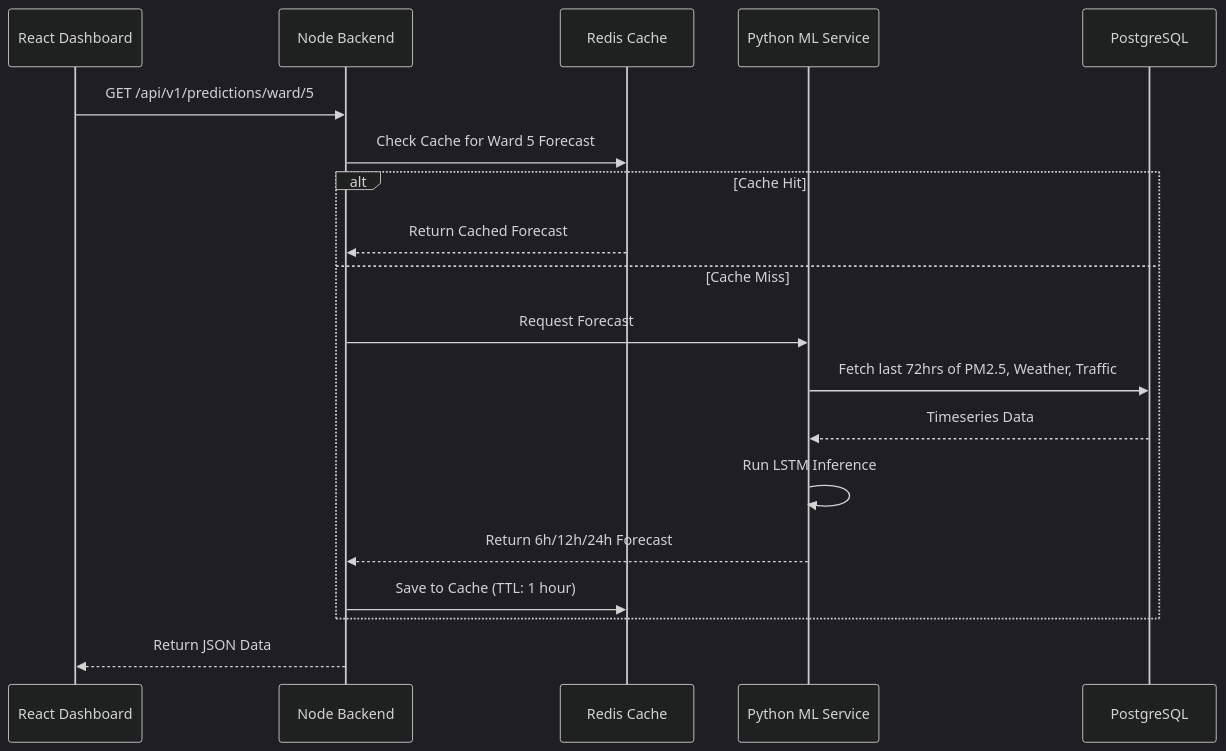
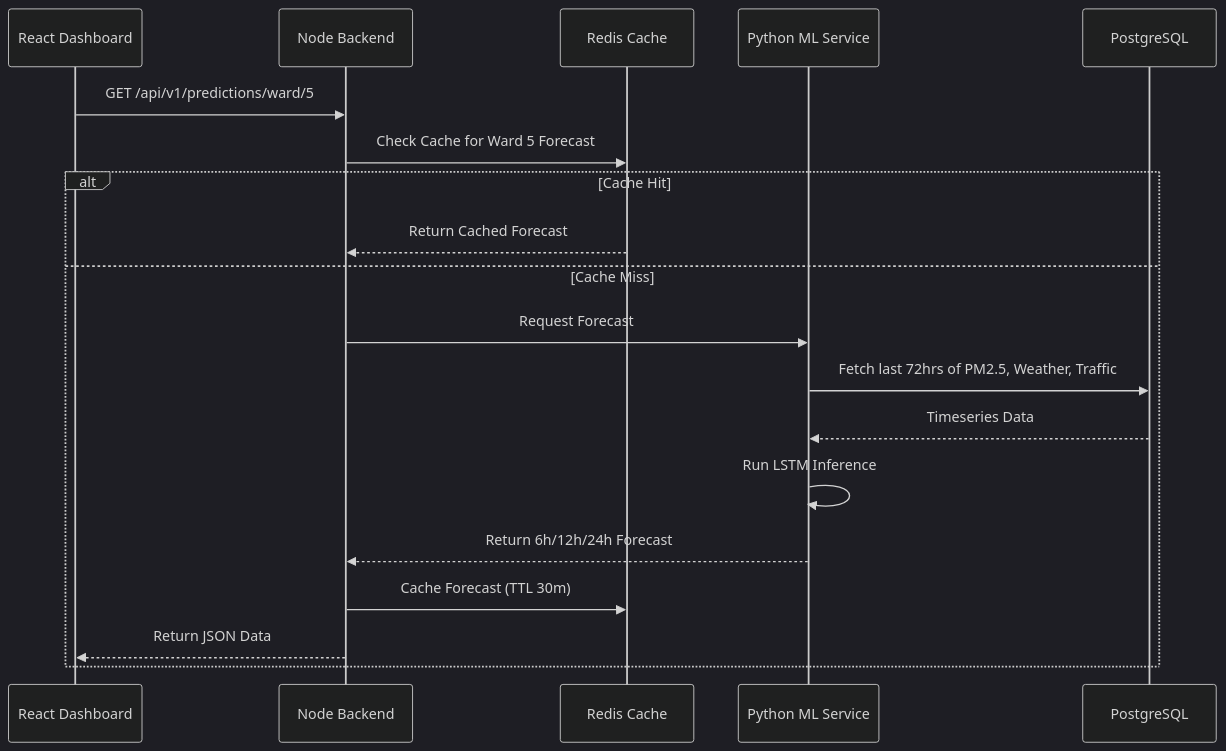
One commit to pankeshbhagore/Local-AQI-Dashboard changed the third of 3 diagrams in README.md. Above: the diagram before and after it, drawn with Mermaid (dark theme). The commit also changed other lines of this file and 11 other files, not shown here.

````diff
--- a/README.md
+++ b/README.md
@@ -82,24 +79,23 @@
 ```mermaid
 sequenceDiagram
     participant React Dashboard
     participant Node Backend
     participant Redis Cache
     participant Python ML Service
     participant PostgreSQL
 
     React Dashboard->>Node Backend: GET /api/v1/predictions/ward/5
     Node Backend->>Redis Cache: Check Cache for Ward 5 Forecast
     
     alt Cache Hit
         Redis Cache-->>Node Backend: Return Cached Forecast
     else Cache Miss
         Node Backend->>Python ML Service: Request Forecast
         Python ML Service->>PostgreSQL: Fetch last 72hrs of PM2.5, Weather, Traffic
         PostgreSQL-->>Python ML Service: Timeseries Data
         Python ML Service->>Python ML Service: Run LSTM Inference
         Python ML Service-->>Node Backend: Return 6h/12h/24h Forecast
-        Node Backend->>Redis Cache: Save to Cache (TTL: 1 hour)
+        Node Backend->>Redis Cache: Cache Forecast (TTL 30m)
+        Node Backend-->>React Dashboard: Return JSON Data
     end
-    
-    Node Backend-->>React Dashboard: Return JSON Data
 ```
````
